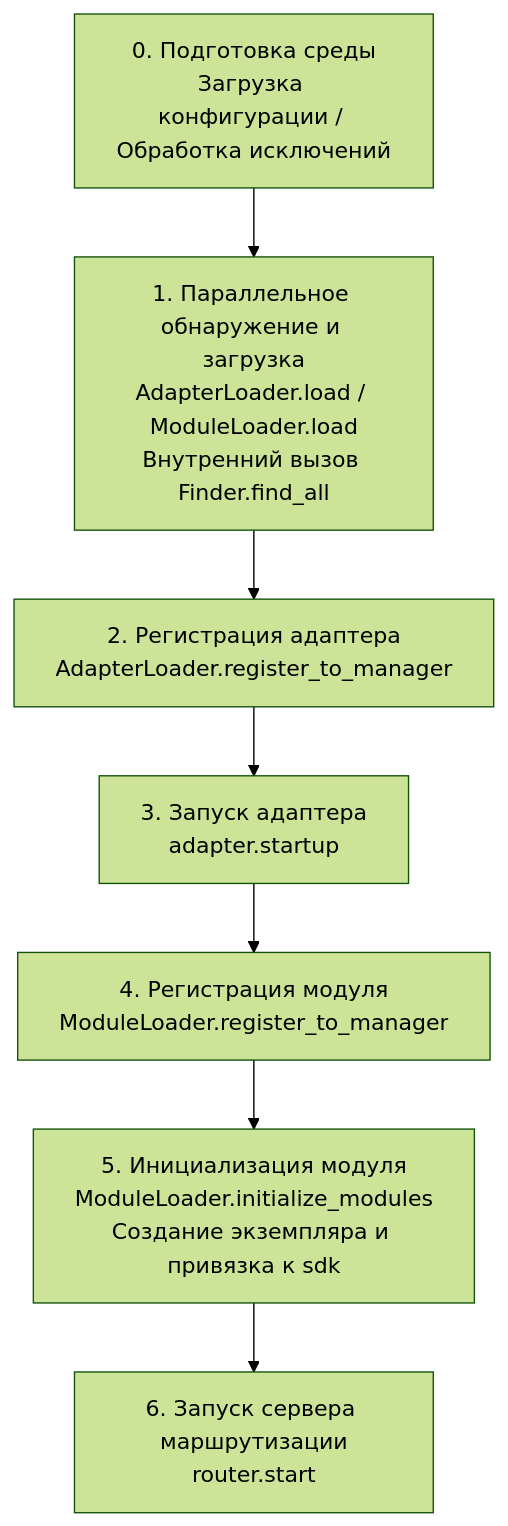
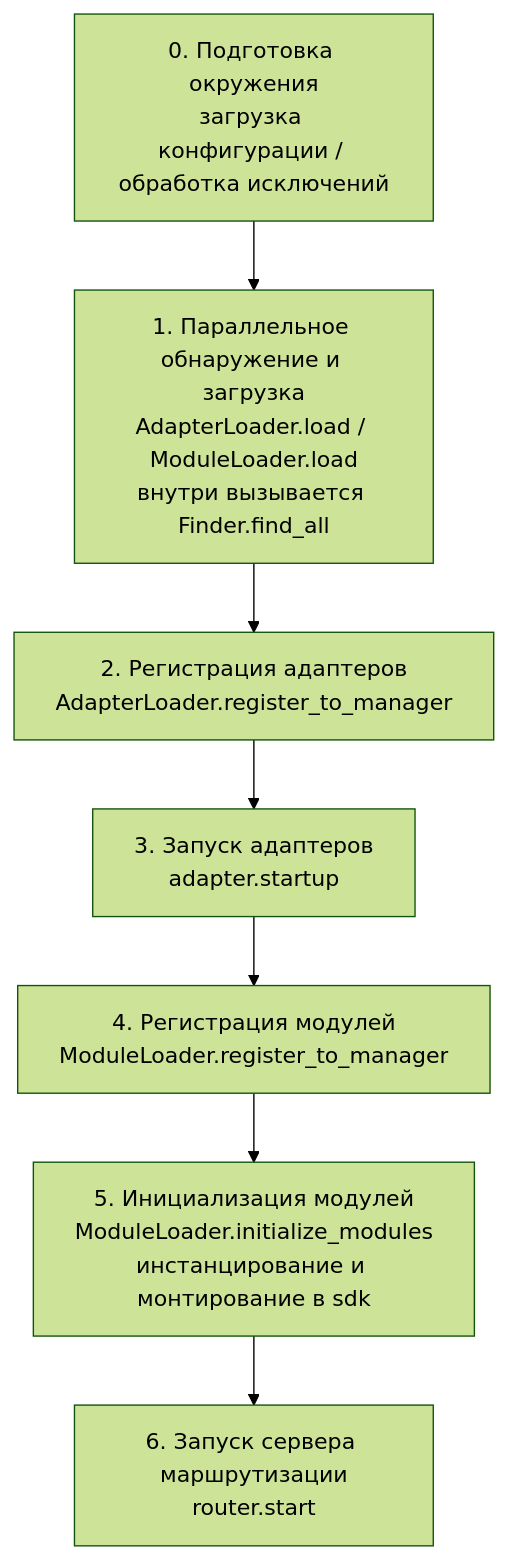
One commit to ErisPulse/ErisPulse changed the diagram in docs/ru/advanced/startup.md. Above: the diagram before and after it, drawn with Mermaid (forest theme). The commit also changed other lines of this file and 234 other files, not shown here.

````diff
--- a/docs/ru/advanced/startup.md
+++ b/docs/ru/advanced/startup.md
@@ -30,10 +30,10 @@
 ```mermaid
 flowchart TD
-    A[0. Подготовка среды<br/>Загрузка конфигурации / Обработка исключений] --> B
-    B[1. Параллельное обнаружение и загрузка<br/>AdapterLoader.load / ModuleLoader.load<br/>Внутренний вызов Finder.find_all] --> C
-    C[2. Регистрация адаптера<br/>AdapterLoader.register_to_manager] --> D
-    D[3. Запуск адаптера<br/>adapter.startup] --> E
-    E[4. Регистрация модуля<br/>ModuleLoader.register_to_manager] --> F
-    F[5. Инициализация модуля<br/>ModuleLoader.initialize_modules<br/>Создание экземпляра и привязка к sdk] --> G
+    A[0. Подготовка окружения<br/>загрузка конфигурации / обработка исключений] --> B
+    B[1. Параллельное обнаружение и загрузка<br/>AdapterLoader.load / ModuleLoader.load<br/>внутри вызывается Finder.find_all] --> C
+    C[2. Регистрация адаптеров<br/>AdapterLoader.register_to_manager] --> D
+    D[3. Запуск адаптеров<br/>adapter.startup] --> E
+    E[4. Регистрация модулей<br/>ModuleLoader.register_to_manager] --> F
+    F[5. Инициализация модулей<br/>ModuleLoader.initialize_modules<br/>инстанцирование и монтирование в sdk] --> G
     G[6. Запуск сервера маршрутизации<br/>router.start]
 ```
````
